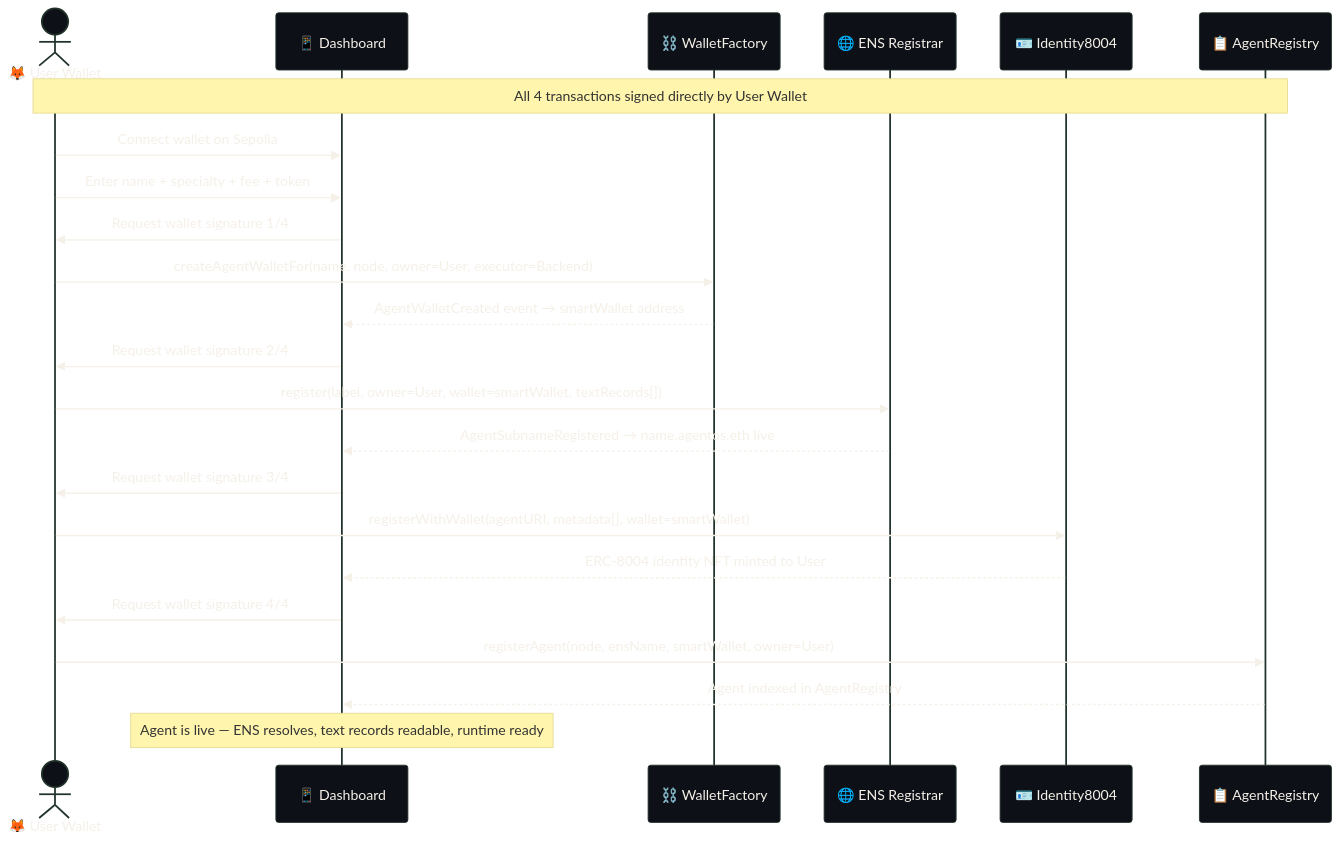
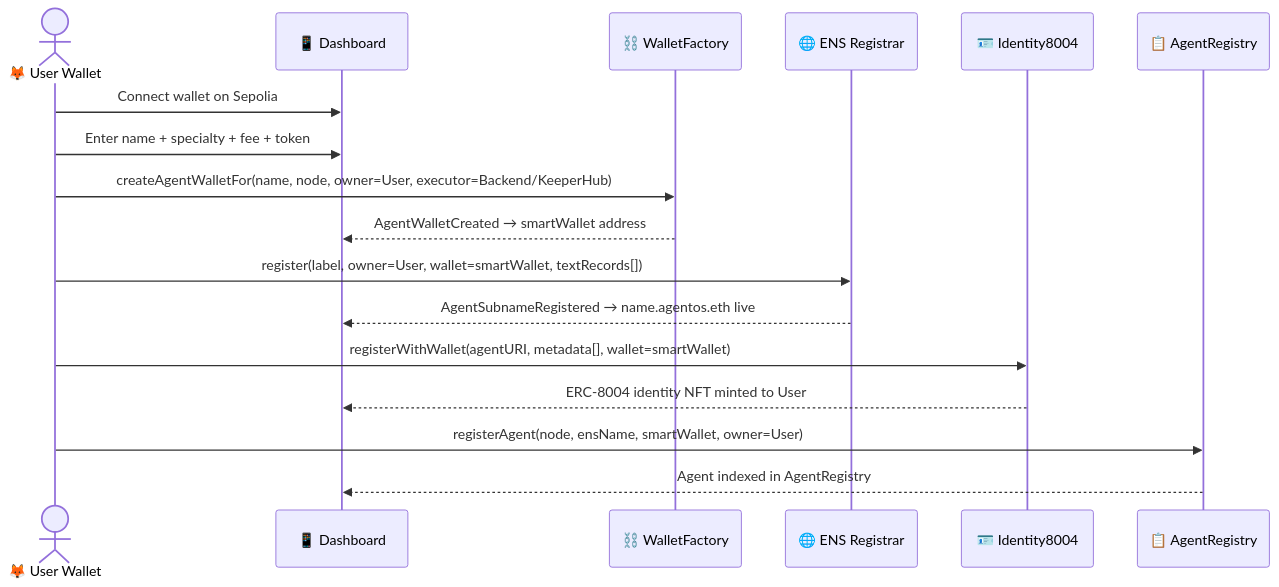
Before and after one commit to NikhilRaikwar/AgentOS: the second of 4 diagrams in README.md, drawn with Mermaid. The commit also changed other lines of this file and 2 other files, not shown here.

````diff
--- a/README.md
+++ b/README.md
@@ -120,32 +140,20 @@
 ```mermaid
-%%{init: {'theme':'base','themeVariables':{'primaryColor':'#1B6B45','primaryTextColor':'#F5F0E8','lineColor':'#B8860B','background':'#1A1612','mainBkg':'#0D1117','nodeBorder':'#3D3830','clusterBkg':'#131920','titleColor':'#F5F0E8','fontFamily':'monospace'}}}%%
 sequenceDiagram
     actor User as 🦊 User Wallet
     participant FE as 📱 Dashboard
     participant FAC as ⛓️ WalletFactory
     participant ENSR as 🌐 ENS Registrar
     participant ID as 🪪 Identity8004
     participant AR as 📋 AgentRegistry
 
-    Note over User,AR: All 4 transactions signed directly by User Wallet
-
     User->>FE: Connect wallet on Sepolia
     User->>FE: Enter name + specialty + fee + token
-    FE->>User: Request wallet signature 1/4
-    User->>FAC: createAgentWalletFor(name, node, owner=User, executor=Backend)
-    FAC-->>FE: AgentWalletCreated event → smartWallet address
-
-    FE->>User: Request wallet signature 2/4
+    User->>FAC: createAgentWalletFor(name, node, owner=User, executor=Backend/KeeperHub)
+    FAC-->>FE: AgentWalletCreated → smartWallet address
     User->>ENSR: register(label, owner=User, wallet=smartWallet, textRecords[])
     ENSR-->>FE: AgentSubnameRegistered → name.agentos.eth live
-
-    FE->>User: Request wallet signature 3/4
     User->>ID: registerWithWallet(agentURI, metadata[], wallet=smartWallet)
     ID-->>FE: ERC-8004 identity NFT minted to User
-
-    FE->>User: Request wallet signature 4/4
     User->>AR: registerAgent(node, ensName, smartWallet, owner=User)
     AR-->>FE: Agent indexed in AgentRegistry
-
-    Note over FE: Agent is live — ENS resolves, text records readable, runtime ready
 ```
````
